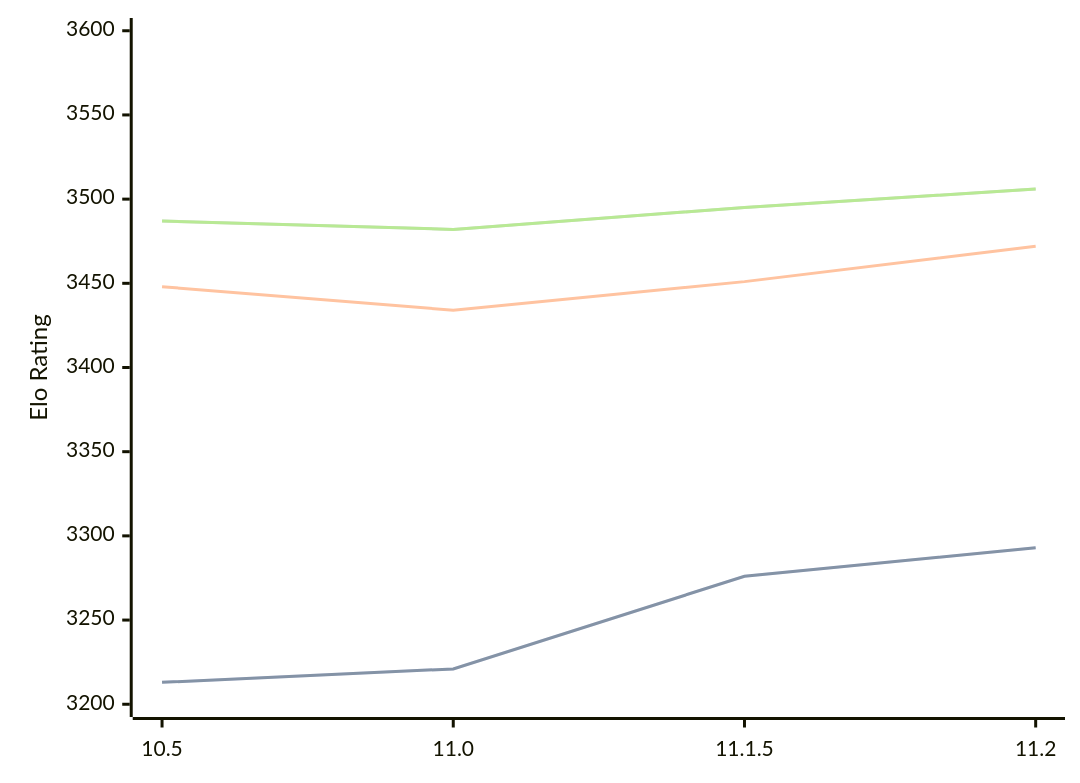
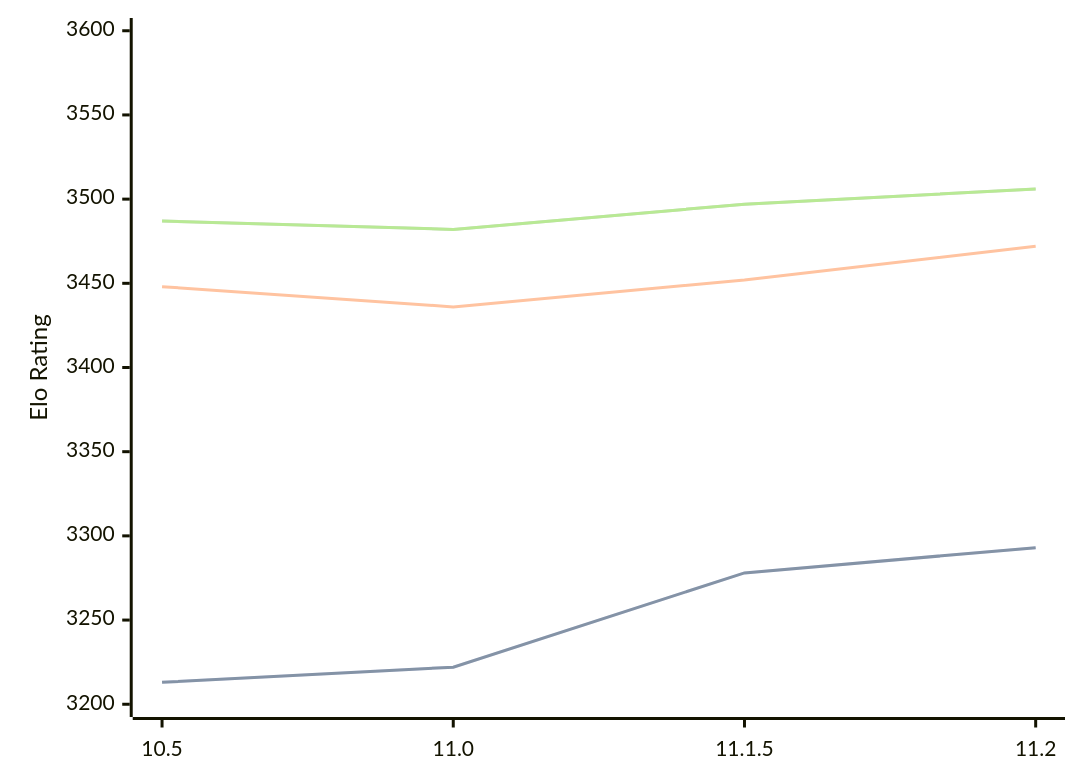
The third of 3 diagrams in engines/Lizard.md (computer-chess-index/cci), drawn with Mermaid before and after one commit. The commit also changed other lines of this file, not shown here.

Commit message:
Update CCI Ratings (ELO VLTC) - 2026-07-14

````diff
--- a/engines/Lizard.md
+++ b/engines/Lizard.md
@@ -79,11 +79,11 @@
 ```mermaid
 %%{init: {"theme":"base","themeVariables":{"seriesColors:['#a3a3a3','#222221','#faa371']}}}%%
 xychart-beta
   x-axis ["10.5", "11.0", "11.1.5", "11.2"]
   y-axis "Elo Rating" 3200 --> 3600
-  line "STC (8.0+0.08s)" [3213, 3221, 3276, 3293]
-  line "STC (8.0+0.08s)" [3213, 3221, 3276, 3293]
-  line "LTC (60.0+0.60s)" [3448, 3434, 3451, 3472]
-  line "VLTC (2m24s+1.12s)" [3487, 3482, 3495, 3506]
-  line "VLTC (2m24s+1.12s)" [3487, 3482, 3495, 3506]
+  line "STC (8.0+0.08s)" [3213, 3222, 3278, 3293]
+  line "STC (8.0+0.08s)" [3213, 3222, 3278, 3293]
+  line "LTC (60.0+0.60s)" [3448, 3436, 3452, 3472]
+  line "VLTC (2m24s+1.12s)" [3487, 3482, 3497, 3506]
+  line "VLTC (2m24s+1.12s)" [3487, 3482, 3497, 3506]
 ```
````
